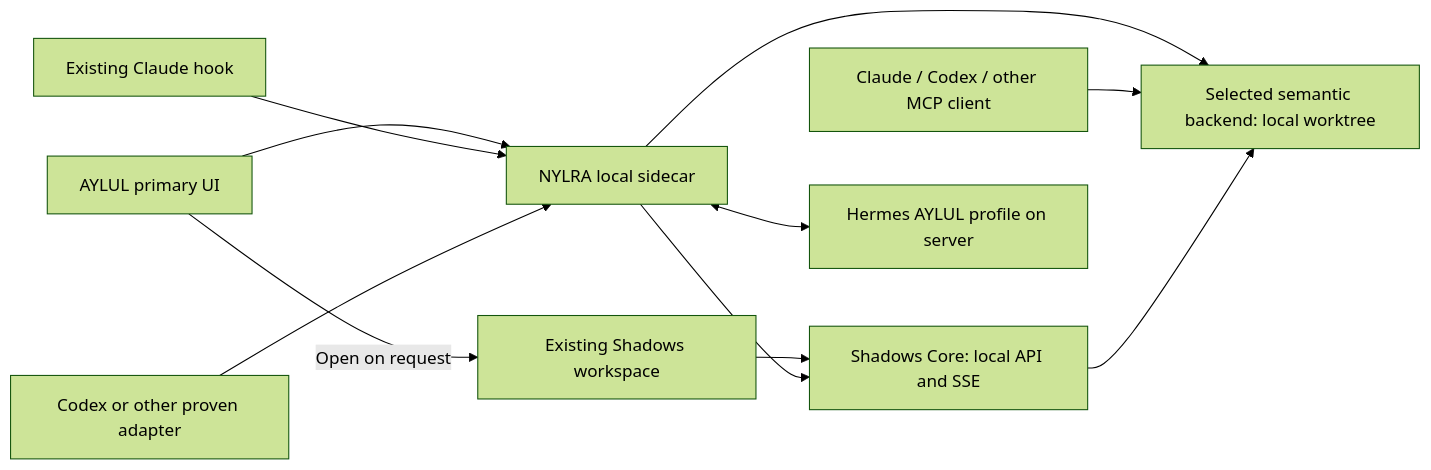
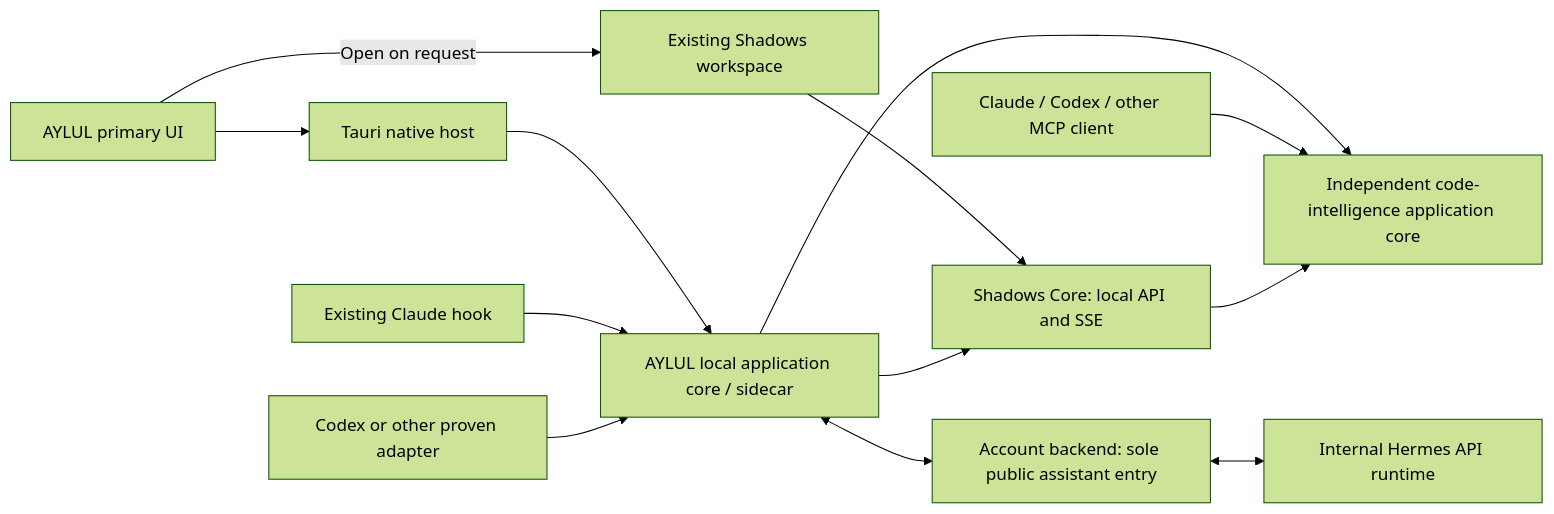
The diagram in docs/aylul/specs/2026-10-18-aylul-hermes-semantic-context-design.md (mohammedtaha-ai/shadows), drawn with Mermaid (forest theme) before and after one commit. The commit also changed other lines of this file and 15 other files, not shown here.

Commit message:
docs: define multiple app cores and backend-owned Hermes routing

````diff
--- a/docs/aylul/specs/2026-10-18-aylul-hermes-semantic-context-design.md
+++ b/docs/aylul/specs/2026-10-18-aylul-hermes-semantic-context-design.md
@@ -122,13 +122,15 @@
 ```mermaid
 flowchart LR
-  UI[AYLUL primary UI] --> LOCAL[NYLRA local sidecar]
+  UI[AYLUL primary UI] --> NATIVE[Tauri native host]
+  NATIVE --> LOCAL[AYLUL local application core / sidecar]
   UI -->|Open on request| WORKSPACE[Existing Shadows workspace]
   WORKSPACE --> CORE[Shadows Core: local API and SSE]
   HOOK[Existing Claude hook] --> LOCAL
   OTHER[Codex or other proven adapter] --> LOCAL
   LOCAL --> CORE
-  LOCAL --> CODE[Selected semantic backend: local worktree]
+  LOCAL --> CODE[Independent code-intelligence application core]
   DIRECT[Claude / Codex / other MCP client] --> CODE
   CORE --> CODE
-  LOCAL <--> HERMES[Hermes AYLUL profile on server]
+  LOCAL <--> BACKEND[Account backend: sole public assistant entry]
+  BACKEND <--> HERMES[Internal Hermes API runtime]
 ```
````
